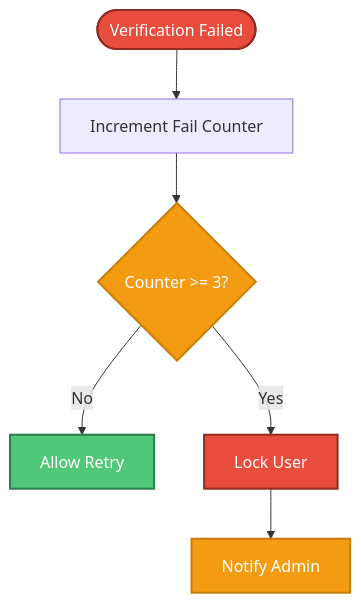
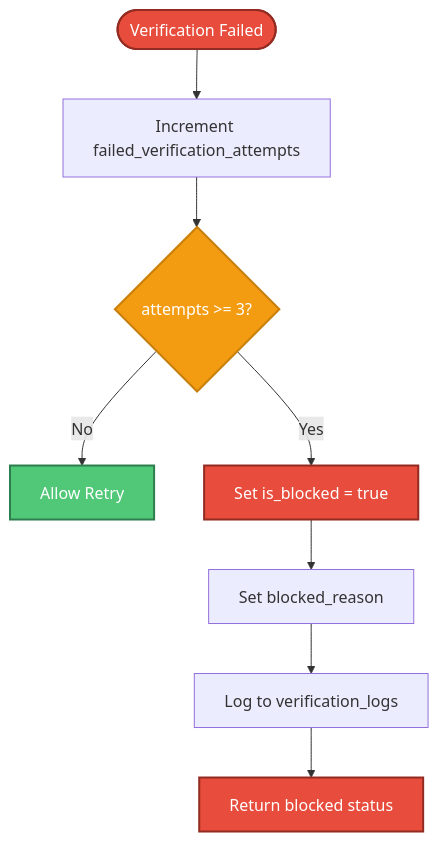
The ninth of 19 diagrams in docs/Fingerscan/FSD_Fingerscan_Biometrik.md (wisnu/ibank-docs), drawn with Mermaid before and after one commit. The commit also changed other lines of this file, not shown here.

````diff
--- a/docs/Fingerscan/FSD_Fingerscan_Biometrik.md
+++ b/docs/Fingerscan/FSD_Fingerscan_Biometrik.md
@@ -755,14 +788,16 @@
 ```mermaid
 flowchart TD
-    Failed([Verification Failed]) --> Increment[Increment Fail Counter]
-    Increment --> Check{Counter >= 3?}
+    Failed([Verification Failed]) --> Increment[Increment failed_verification_attempts]
+    Increment --> Check{attempts >= 3?}
     Check -->|No| Retry[Allow Retry]
-    Check -->|Yes| Lock[Lock User]
-    Lock --> Notify[Notify Admin]
-    
+    Check -->|Yes| Lock[Set is_blocked = true]
+    Lock --> SetReason[Set blocked_reason]
+    SetReason --> Log[Log to verification_logs]
+    Log --> Return[Return blocked status]
+
     style Failed fill:#E74C3C,stroke:#922B21,stroke-width:2px,color:#fff
     style Check fill:#F39C12,stroke:#C87F0A,stroke-width:2px,color:#fff
     style Lock fill:#E74C3C,stroke:#922B21,stroke-width:2px,color:#fff
-    style Notify fill:#F39C12,stroke:#C87F0A,stroke-width:2px,color:#fff
+    style Return fill:#E74C3C,stroke:#922B21,stroke-width:2px,color:#fff
     style Retry fill:#50C878,stroke:#2E7D4E,stroke-width:2px,color:#fff
 ```
````
